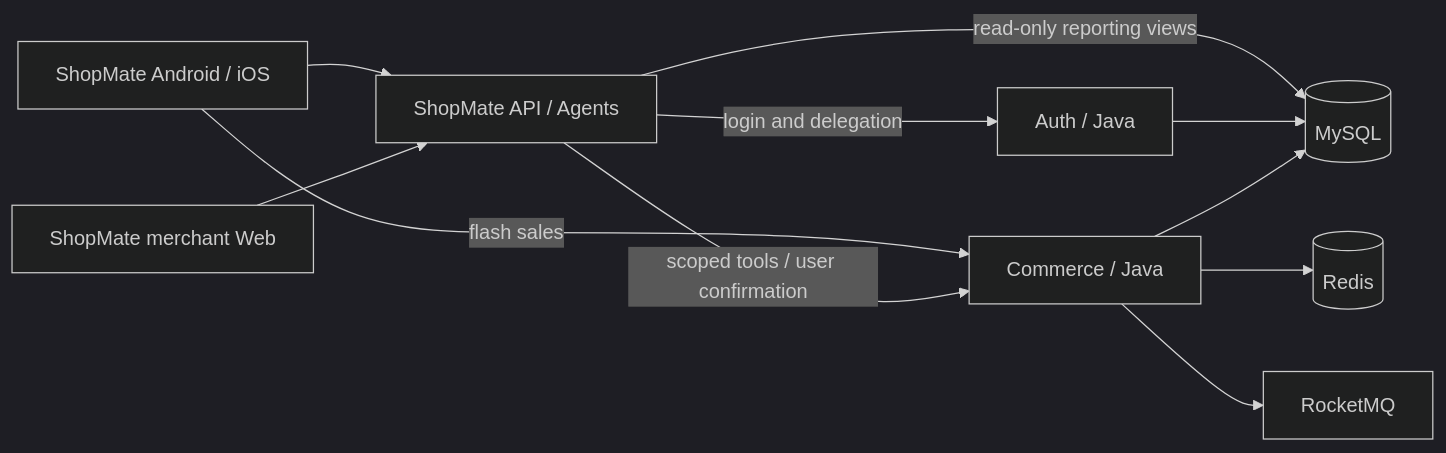
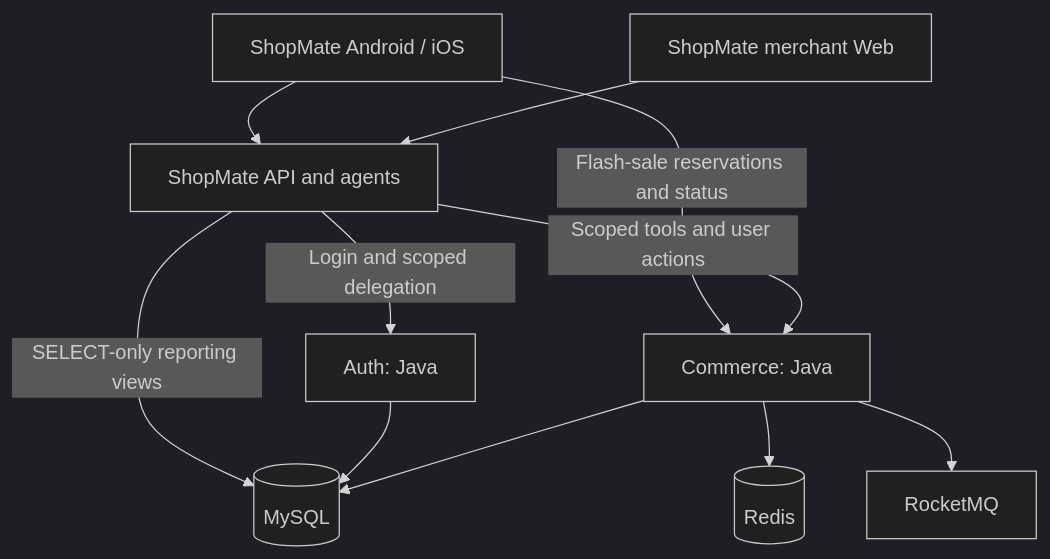
One commit to ChanTso/citybuddy changed the diagram in README.md. Above: the diagram before and after it, drawn with Mermaid (dark theme). The commit also changed other lines of this file and 20 other files, not shown here.

````diff
--- a/README.md
+++ b/README.md
@@ -48,13 +47,13 @@
 ```mermaid
-flowchart LR
-    Client[ShopMate Android / iOS] --> Host[ShopMate API / Agents]
+flowchart TB
+    Client[ShopMate Android / iOS] --> Host[ShopMate API and agents]
     Web[ShopMate merchant Web] --> Host
-    Client -->|flash sales| Commerce[Commerce / Java]
-    Host -->|login and delegation| Auth[Auth / Java]
-    Host -->|scoped tools / user confirmation| Commerce
-    Host -->|read-only reporting views| DB[(MySQL)]
+    Client -->|Flash-sale reservations and status| Commerce[Commerce: Java]
+    Host -->|Login and scoped delegation| Auth[Auth: Java]
+    Host -->|Scoped tools and user actions| Commerce
+    Host -->|SELECT-only reporting views| DB[(MySQL)]
     Auth --> DB
     Commerce --> DB
     Commerce --> Redis[(Redis)]
     Commerce --> MQ[RocketMQ]
 ```
````
